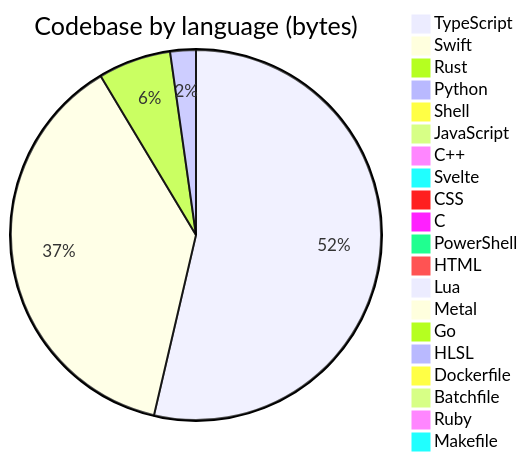
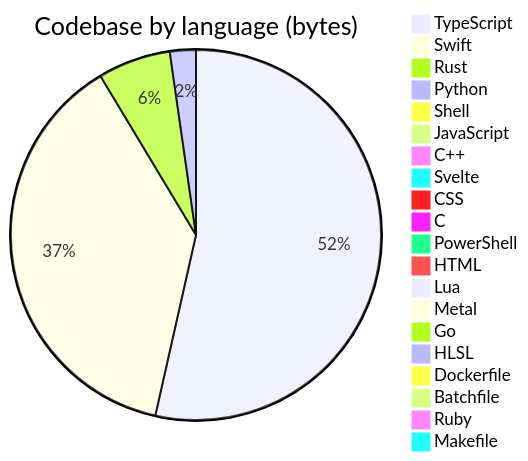
Before and after one commit to Open330/.github: the diagram in profile/README.md, drawn with Mermaid. The commit also changed other lines of this file, not shown here.

````diff
--- a/profile/README.md
+++ b/profile/README.md
@@ -132,23 +132,23 @@
 ```mermaid
 pie title Codebase by language (bytes)
     "TypeScript" : 34829859
-    "Swift" : 24511439
+    "Swift" : 24633710
     "Rust" : 4128908
-    "Python" : 1454514
-    "Shell" : 483261
+    "Python" : 1475175
+    "Shell" : 485815
     "JavaScript" : 408382
     "C++" : 388775
     "Svelte" : 275766
     "CSS" : 152218
     "C" : 118462
     "PowerShell" : 98688
     "HTML" : 92692
     "Lua" : 48814
     "Metal" : 33192
     "Go" : 22811
     "HLSL" : 7527
     "Dockerfile" : 6524
     "Batchfile" : 5660
     "Ruby" : 3229
     "Makefile" : 1307
 ```
````
